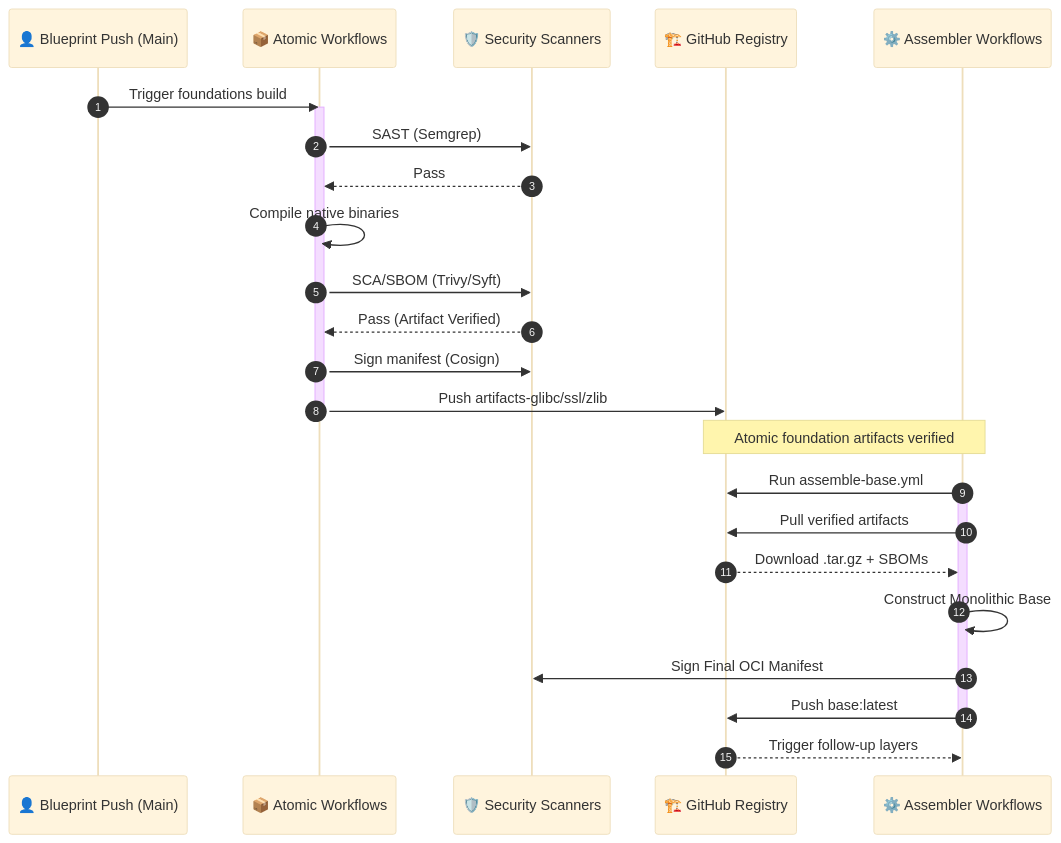
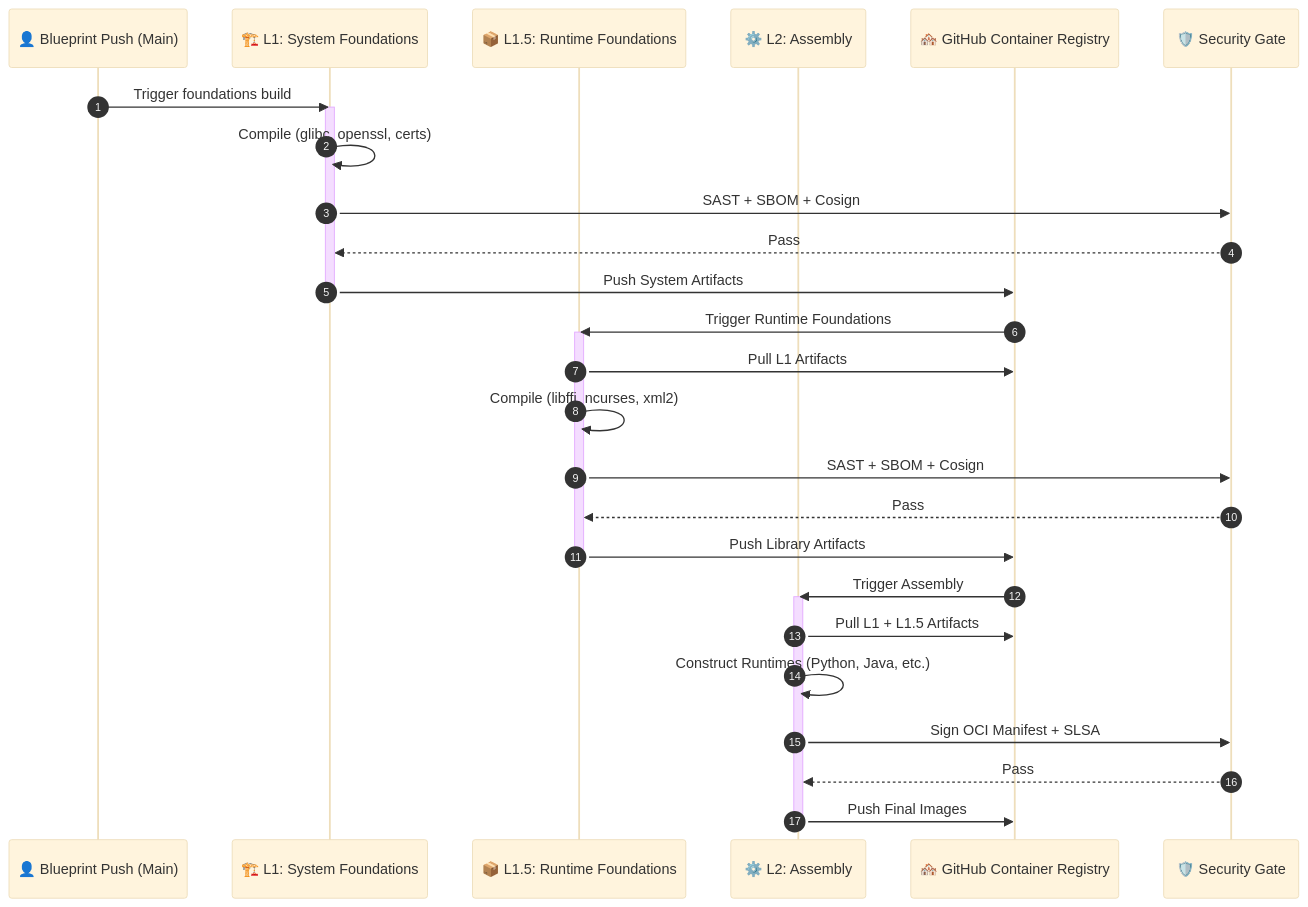
Before and after one commit to mbuccarello/distroless-the-hard-way: the diagram in docs/mermaid/pipeline_flow.mmd, drawn with Mermaid (base theme). The commit also changed 9 other files, not shown here.

```diff
--- a/docs/mermaid/pipeline_flow.mmd
+++ b/docs/mermaid/pipeline_flow.mmd
@@ -1,34 +1,34 @@
 sequenceDiagram
     autonumber
     participant Dev as 👤 Blueprint Push (Main)
-    participant Atomic as 📦 Atomic Workflows
-    participant Security as 🛡️ Security Scanners
-    participant Reg as 🏗️ GitHub Registry
-    participant Assembler as ⚙️ Assembler Workflows
+    participant L1 as 🏗️ L1: System Foundations
+    participant L15 as 📦 L1.5: Runtime Foundations
+    participant L2 as ⚙️ L2: Assembly
+    participant Reg as 🏘️ GitHub Container Registry
+    participant Security as 🛡️ Security Gate
     
-    Dev->>Atomic: Trigger foundations build
-    activate Atomic
+    Dev->>L1: Trigger foundations build
+    activate L1
+    L1->>L1: Compile (glibc, openssl, certs)
+    L1->>Security: SAST + SBOM + Cosign
+    Security-->>L1: Pass
+    L1->>Reg: Push System Artifacts
+    deactivate L1
     
-    Atomic->>Security: SAST (Semgrep)
-    Security-->>Atomic: Pass
-    Atomic->>Atomic: Compile native binaries
-    Atomic->>Security: SCA/SBOM (Trivy/Syft)
-    Security-->>Atomic: Pass (Artifact Verified)
-    Atomic->>Security: Sign manifest (Cosign)
+    Reg->>L15: Trigger Runtime Foundations
+    activate L15
+    L15->>Reg: Pull L1 Artifacts
+    L15->>L15: Compile (libffi, ncurses, xml2)
+    L15->>Security: SAST + SBOM + Cosign
+    Security-->>L15: Pass
+    L15->>Reg: Push Library Artifacts
+    deactivate L15
     
-    Atomic->>Reg: Push artifacts-glibc/ssl/zlib
-    deactivate Atomic
-    
-    Note over Reg, Assembler: Atomic foundation artifacts verified
-    
-    Assembler->>Reg: Run assemble-base.yml
-    activate Assembler
-    Assembler->>Reg: Pull verified artifacts
-    Reg-->>Assembler: Download .tar.gz + SBOMs
-    
-    Assembler->>Assembler: Construct Monolithic Base
-    Assembler->>Security: Sign Final OCI Manifest
-    Assembler->>Reg: Push base:latest
-    deactivate Assembler
-    
-    Reg-->>Assembler: Trigger follow-up layers
+    Reg->>L2: Trigger Assembly
+    activate L2
+    L2->>Reg: Pull L1 + L1.5 Artifacts
+    L2->>L2: Construct Runtimes (Python, Java, etc.)
+    L2->>Security: Sign OCI Manifest + SLSA
+    Security-->>L2: Pass
+    L2->>Reg: Push Final Images
+    deactivate L2
```
